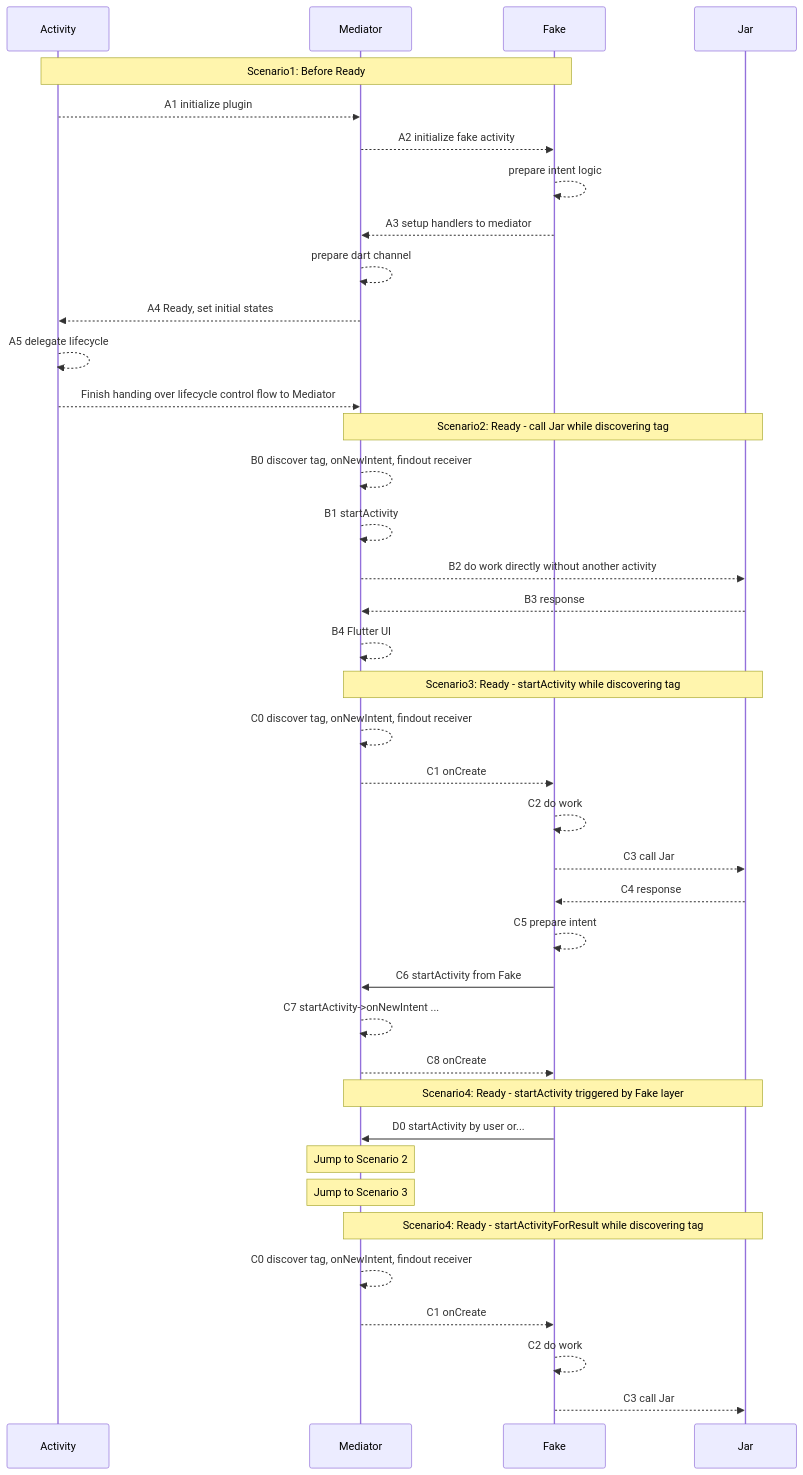
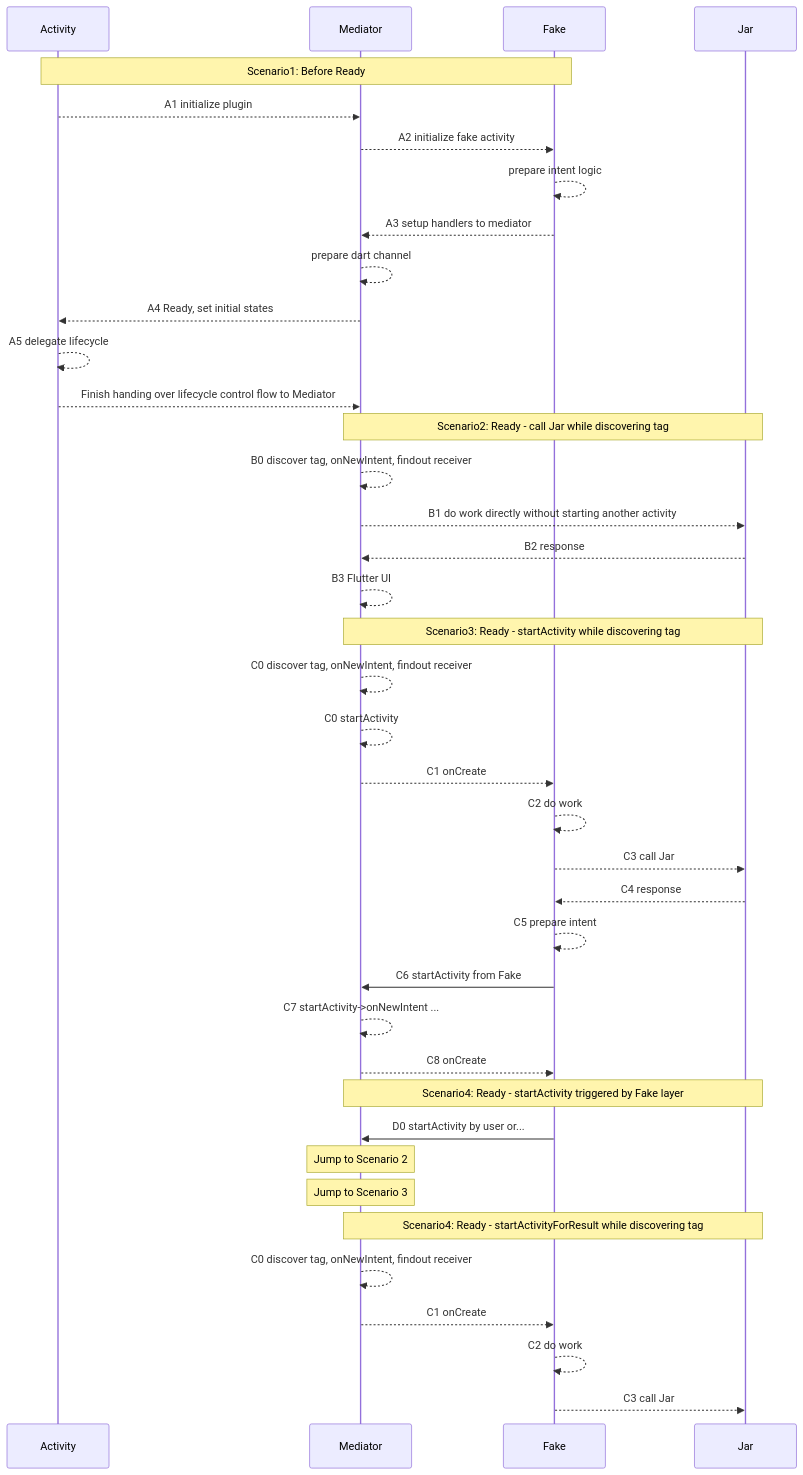
One commit to gordianknotC/nxp_note changed the first of 2 diagrams in flutter/android_to_flutter.md. Above: the diagram before and after it, drawn with Mermaid. The commit also changed other lines of this file, not shown here.

Commit message:
flutter/android_to_flutter.md updated from https://stackedit.io/

````diff
--- a/flutter/android_to_flutter.md
+++ b/flutter/android_to_flutter.md
@@ -5,57 +5,57 @@
 ```mermaid
 sequenceDiagram
 participant Activity
 participant Mediator
 participant Fake
 participant Jar
 
 
 Note over Activity, Fake: Scenario1: Before Ready
 
 Activity -->> Mediator: A1 initialize plugin
 Mediator -->> Fake: A2 initialize fake activity
 Fake -->> Fake: prepare intent logic
 Fake -->> Mediator: A3 setup handlers to mediator
 Mediator -->> Mediator: prepare dart channel
 Mediator -->> Activity: A4 Ready, set initial states
 Activity -->> Activity: A5 delegate lifecycle
 Activity -->> Mediator: Finish handing over lifecycle control flow to Mediator
 
 
 Note over Mediator, Jar: Scenario2: Ready - call Jar while discovering tag 
 
 Mediator-->> Mediator: B0 discover tag, onNewIntent, findout receiver
-Mediator-->>Mediator: B1 startActivity
-Mediator-->>Jar: B2 do work directly without another activity
-Jar-->>Mediator: B3 response
-Mediator-->>Mediator: B4 Flutter UI
+Mediator-->>Jar: B1 do work directly without starting another activity
+Jar-->>Mediator: B2 response
+Mediator-->>Mediator: B3 Flutter UI
 
 
 Note over Mediator, Jar: Scenario3: Ready - startActivity while discovering tag
 
 Mediator-->> Mediator: C0 discover tag, onNewIntent, findout receiver
+Mediator-->>Mediator: C0 startActivity
 Mediator-->>Fake: C1 onCreate
 Fake-->>Fake: C2 do work
 Fake-->>Jar:C3 call Jar
 Jar-->>Fake:C4 response
 Fake-->>Fake:C5 prepare intent
 Fake->>Mediator: C6 startActivity from Fake
 Mediator-->>Mediator: C7 startActivity->onNewIntent ...
 Mediator-->>Fake: C8 onCreate
 
 
 Note over Mediator, Jar: Scenario4: Ready - startActivity triggered by Fake layer
 
 Fake->>Mediator: D0 startActivity by user or...
 
 
 Note over Mediator: Jump to Scenario 2
 Note over Mediator: Jump to Scenario 3
 
 
 Note over Mediator, Jar: Scenario4: Ready - startActivityForResult while discovering tag
 Mediator-->> Mediator: C0 discover tag, onNewIntent, findout receiver
 Mediator-->>Fake: C1 onCreate
 Fake-->>Fake: C2 do work
 Fake-->>Jar:C3 call Jar
 ```
````
